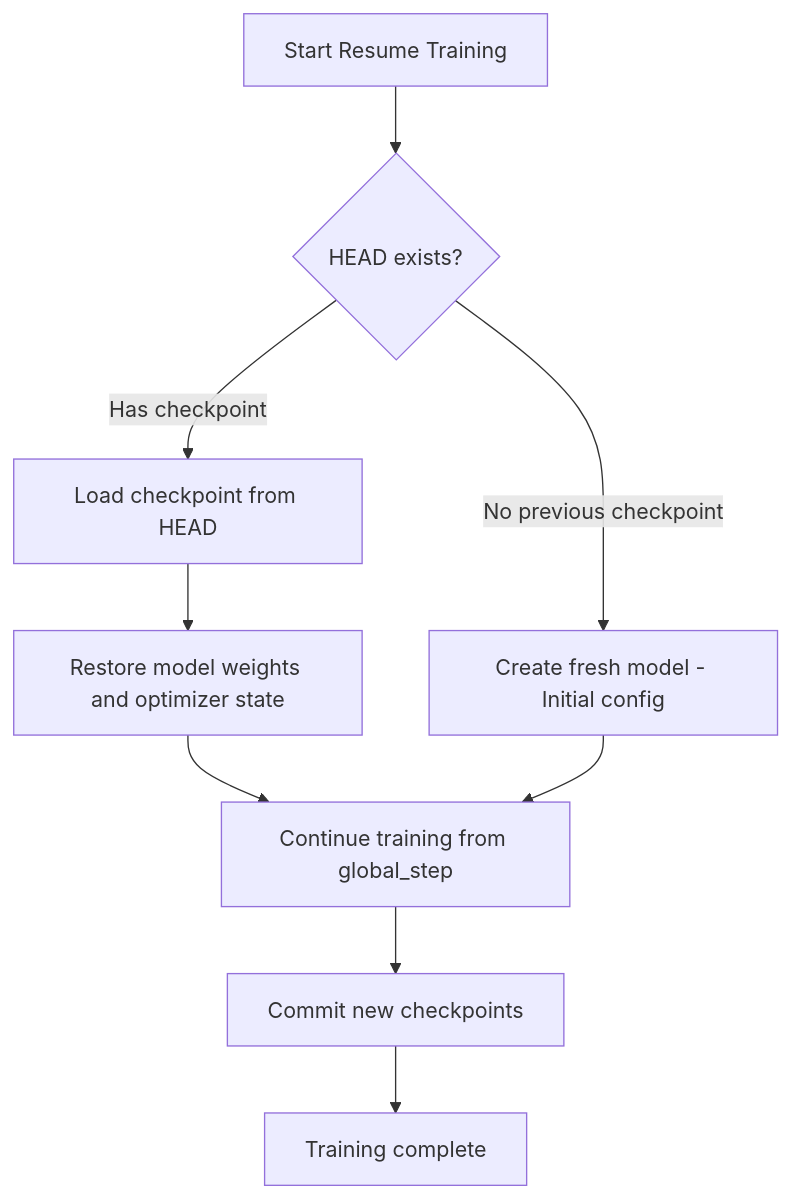
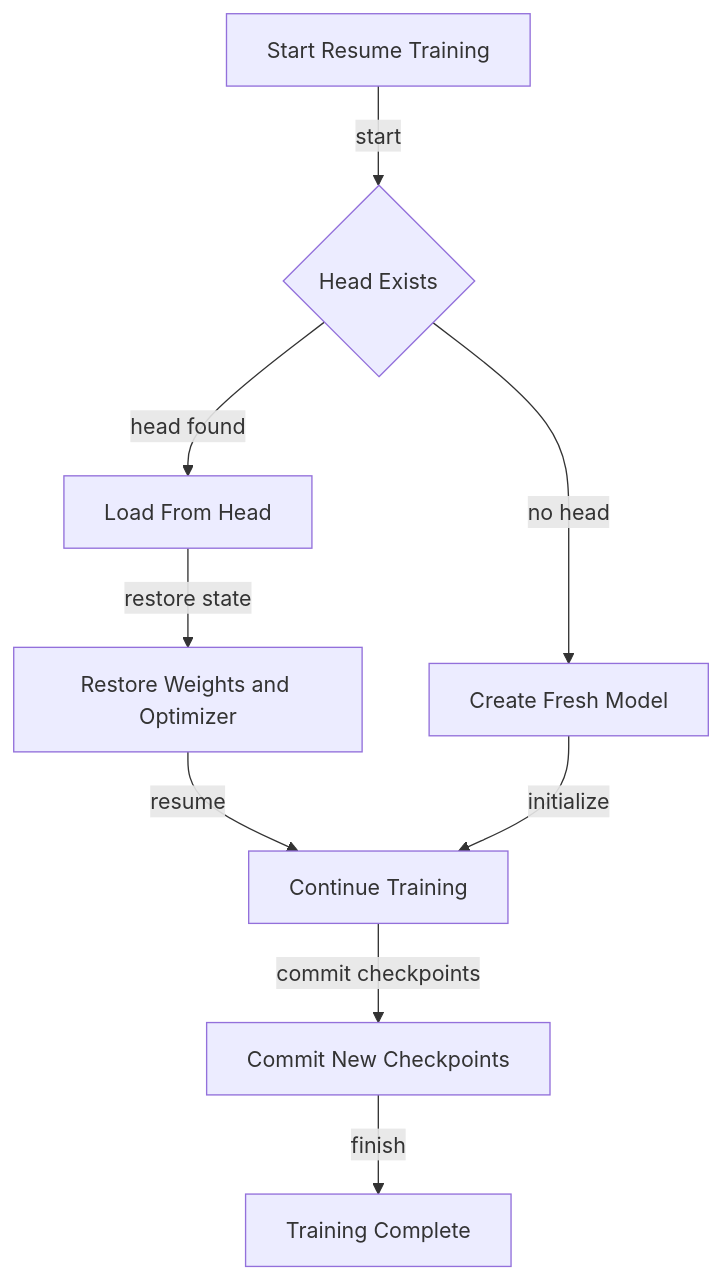
The third of 3 diagrams in documents/product/training_integration.md (Tuee22/SpectralMC), drawn with Mermaid before and after one commit. The commit also changed other lines of this file and 28 other files, not shown here.

````diff
--- a/documents/product/training_integration.md
+++ b/documents/product/training_integration.md
@@ -505,20 +525,20 @@
 ```mermaid
 flowchart TB
   Start[Start Resume Training]
-  CheckHead{HEAD exists?}
-  NoHead[Create fresh model - Initial config]
-  HasHead[Load checkpoint from HEAD]
-  RestoreState[Restore model weights and optimizer state]
-  ContinueTraining[Continue training from global_step]
-  NewCheckpoints[Commit new checkpoints]
-  Complete[Training complete]
+  CheckHead{Head Exists}
+  NoHead[Create Fresh Model]
+  HasHead[Load From Head]
+  RestoreState[Restore Weights and Optimizer]
+  ContinueTraining[Continue Training]
+  NewCheckpoints[Commit New Checkpoints]
+  Complete[Training Complete]
 
-  Start --> CheckHead
-  CheckHead -->|No previous checkpoint| NoHead
-  CheckHead -->|Has checkpoint| HasHead
-  HasHead --> RestoreState
-  RestoreState --> ContinueTraining
-  NoHead --> ContinueTraining
-  ContinueTraining --> NewCheckpoints
-  NewCheckpoints --> Complete
+  Start -->|start| CheckHead
+  CheckHead -->|no head| NoHead
+  CheckHead -->|head found| HasHead
+  HasHead -->|restore state| RestoreState
+  RestoreState -->|resume| ContinueTraining
+  NoHead -->|initialize| ContinueTraining
+  ContinueTraining -->|commit checkpoints| NewCheckpoints
+  NewCheckpoints -->|finish| Complete
 ```
````
